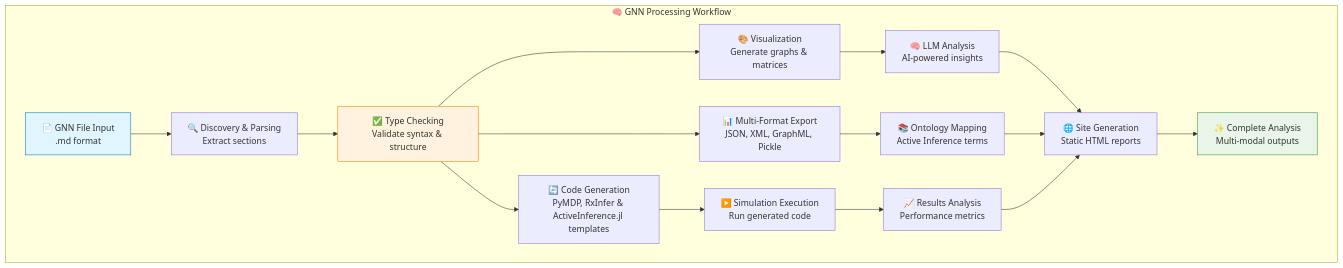
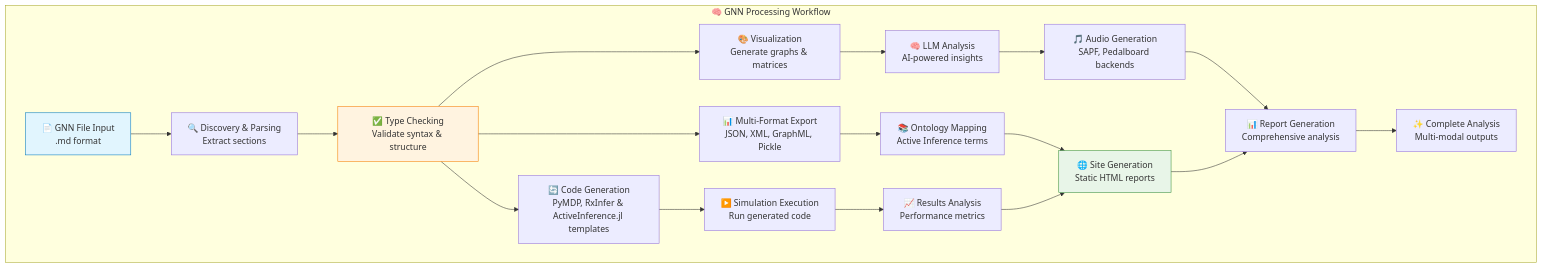
Before and after one commit to ActiveInferenceInstitute/GeneralizedNotationNotation: the fourth of 4 diagrams in README.md, drawn with Mermaid. The commit also changed other lines of this file and 23 other files, not shown here.

````diff
--- a/README.md
+++ b/README.md
@@ -286,27 +289,29 @@
 ```mermaid
 flowchart TD
     subgraph "🧠 GNN Processing Workflow"
         A["📄 GNN File Input<br/>.md format"] --> B["🔍 Discovery & Parsing<br/>Extract sections"]
         B --> C["✅ Type Checking<br/>Validate syntax & structure"]
         C --> D["📊 Multi-Format Export<br/>JSON, XML, GraphML, Pickle"]
         
         C --> E["🎨 Visualization<br/>Generate graphs & matrices"]
         C --> F["🔄 Code Generation<br/>PyMDP, RxInfer & ActiveInference.jl templates"]
         
         F --> G["▶️ Simulation Execution<br/>Run generated code"]
         E --> H["🧠 LLM Analysis<br/>AI-powered insights"]
         
         D --> I["📚 Ontology Mapping<br/>Active Inference terms"]
         G --> J["📈 Results Analysis<br/>Performance metrics"]
-        H --> K["🌐 Site Generation<br/>Static HTML reports"]
+        H --> K["🎵 Audio Generation<br/>SAPF, Pedalboard backends"]
         
-        I --> K
-        J --> K
+        I --> L["🌐 Site Generation<br/>Static HTML reports"]
+        J --> L
+        K --> M["📊 Report Generation<br/>Comprehensive analysis"]
         
-        K --> L["✨ Complete Analysis<br/>Multi-modal outputs"]
+        L --> M
+        M --> N["✨ Complete Analysis<br/>Multi-modal outputs"]
     end
     
     style A fill:#e1f5fe,stroke:#0277bd
     style C fill:#fff3e0,stroke:#f57c00
     style L fill:#e8f5e8,stroke:#388e3c
 ```
````
